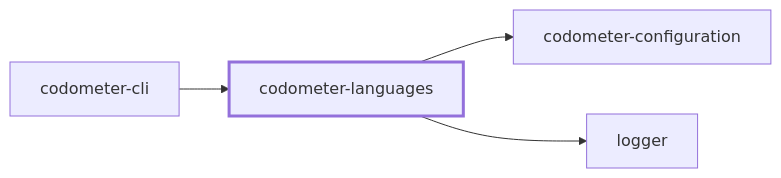
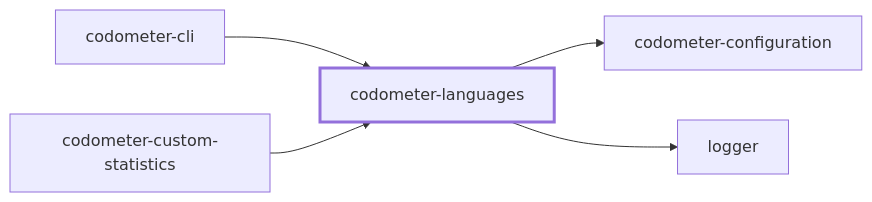
One commit to JimmyPaolini/codebase changed the first of 2 diagrams in packages/codometer-languages/README.md. Above: the diagram before and after it, drawn with Mermaid. The commit also changed 100 other files, not shown here.

````diff
--- a/packages/codometer-languages/README.md
+++ b/packages/codometer-languages/README.md
@@ -7,12 +7,14 @@
 ```mermaid
 flowchart LR
   codometer_cli["codometer-cli"]
   codometer_configuration["codometer-configuration"]
+  codometer_custom_statistics["codometer-custom-statistics"]
   codometer_languages["codometer-languages"]
   logger["logger"]
   codometer_cli --> codometer_languages
+  codometer_custom_statistics --> codometer_languages
   codometer_languages --> codometer_configuration
   codometer_languages --> logger
   classDef subject stroke-width:3px
   class codometer_languages subject
 ```
````
